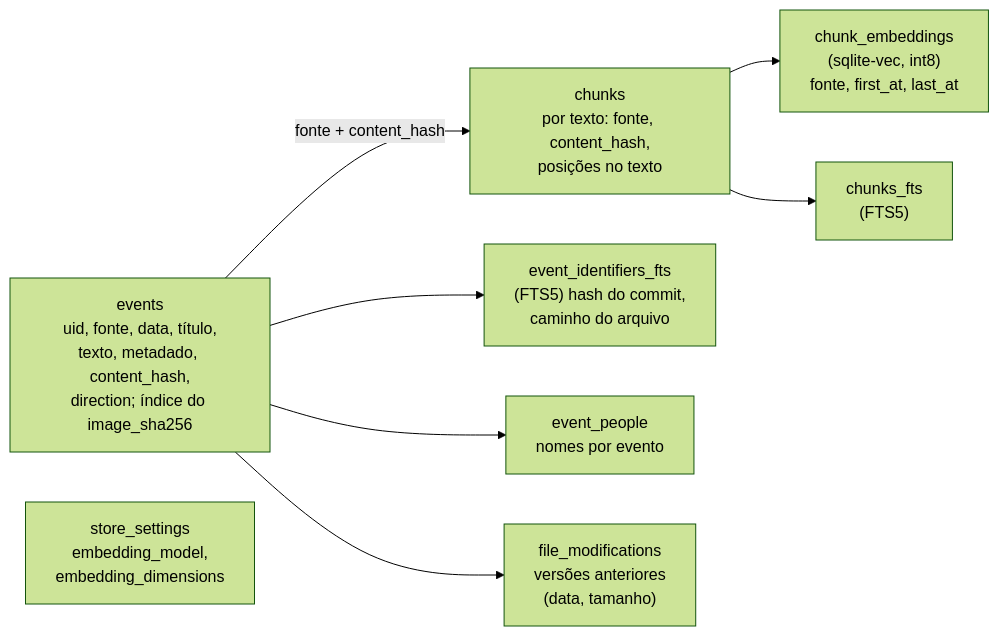
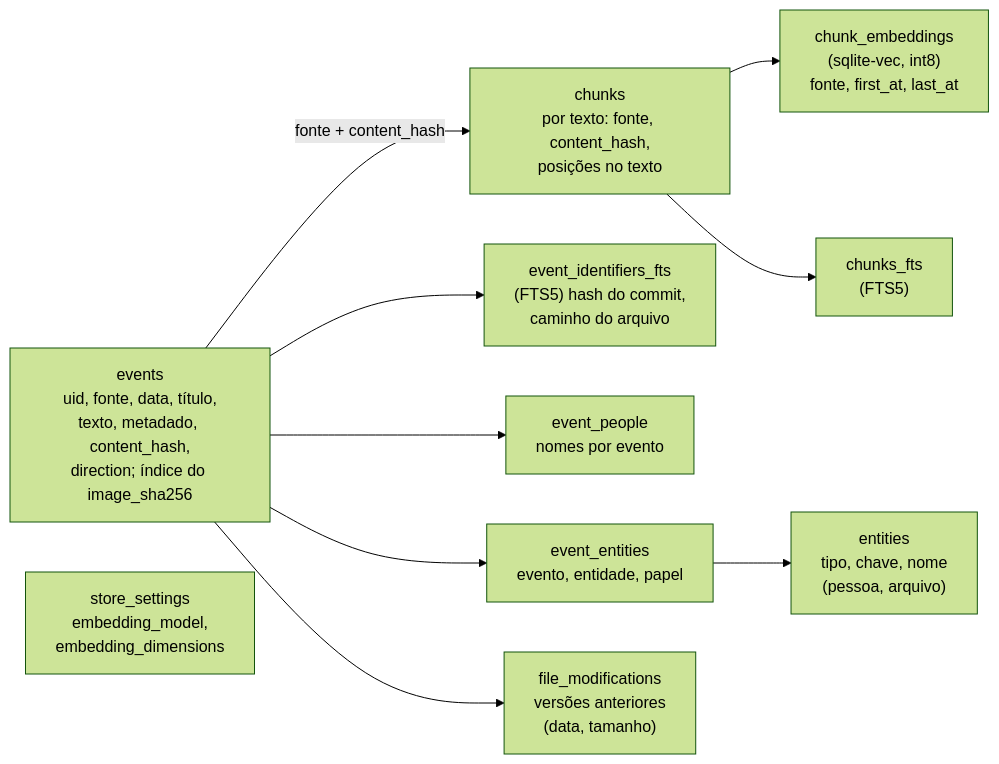
Diagram 12 of 12 in docs/ARCHITECTURE.md (Chipskein/cade), drawn with Mermaid (forest theme) before and after one commit. The commit also changed other lines of this file and 6 other files, not shown here.

````diff
--- a/docs/ARCHITECTURE.md
+++ b/docs/ARCHITECTURE.md
@@ -493,18 +493,21 @@
 ```mermaid
 flowchart LR
     events["events<br/>uid, fonte, data, título,<br/>texto, metadado, content_hash,<br/>direction; índice do image_sha256"]
     chunks["chunks<br/>por texto: fonte, content_hash,<br/>posições no texto"]
     vec["chunk_embeddings<br/>(sqlite-vec, int8)<br/>fonte, first_at, last_at"]
     fts["chunks_fts<br/>(FTS5)"]
     ids["event_identifiers_fts<br/>(FTS5) hash do commit,<br/>caminho do arquivo"]
     people["event_people<br/>nomes por evento"]
+    entities["entities<br/>tipo, chave, nome<br/>(pessoa, arquivo)"]
+    links["event_entities<br/>evento, entidade, papel"]
     files["file_modifications<br/>versões anteriores<br/>(data, tamanho)"]
     settings["store_settings<br/>embedding_model,<br/>embedding_dimensions"]
 
     events -->|"fonte + content_hash"| chunks
     chunks --> vec
     chunks --> fts
     events --> ids
     events --> people
     events --> files
+    events --> links --> entities
 ```
````
